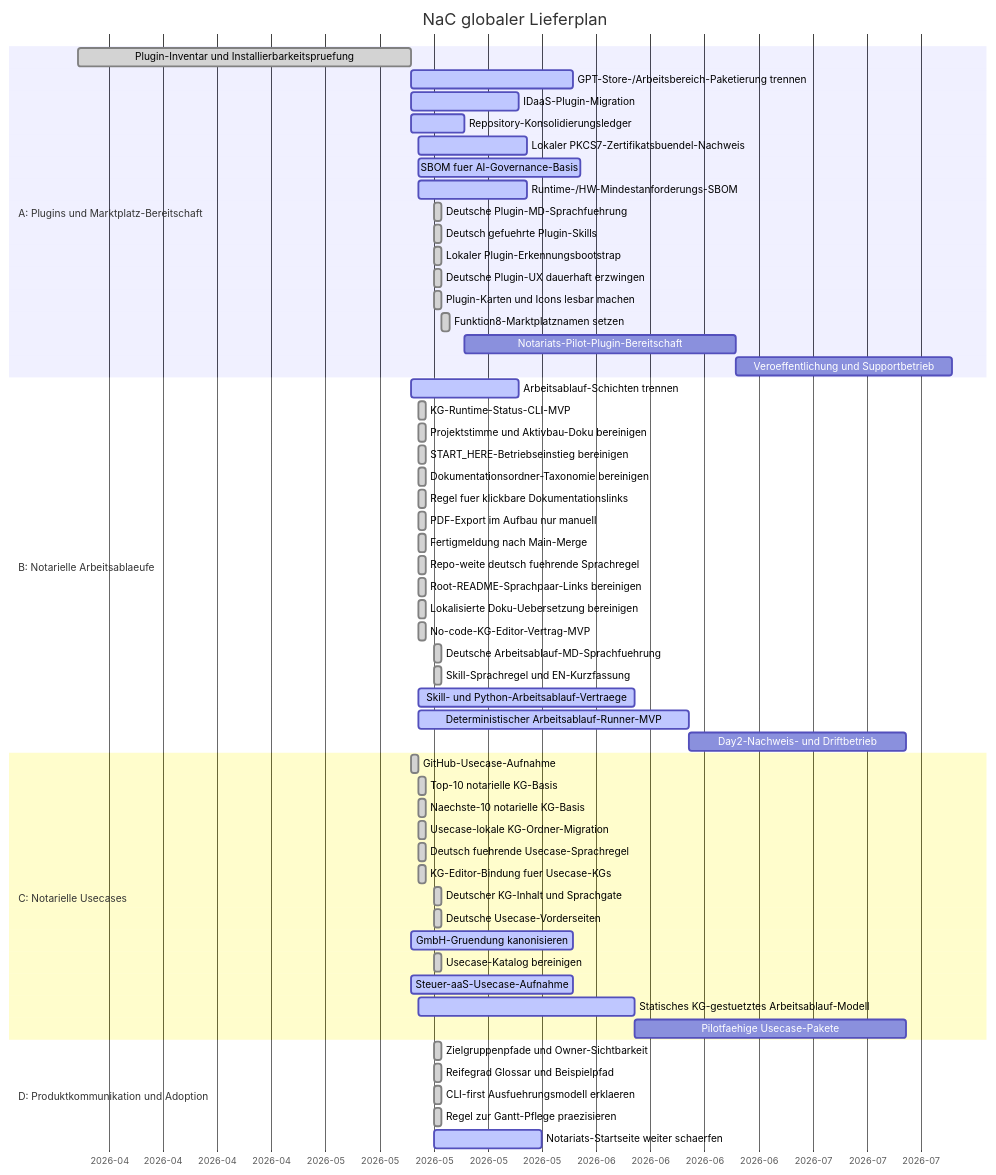
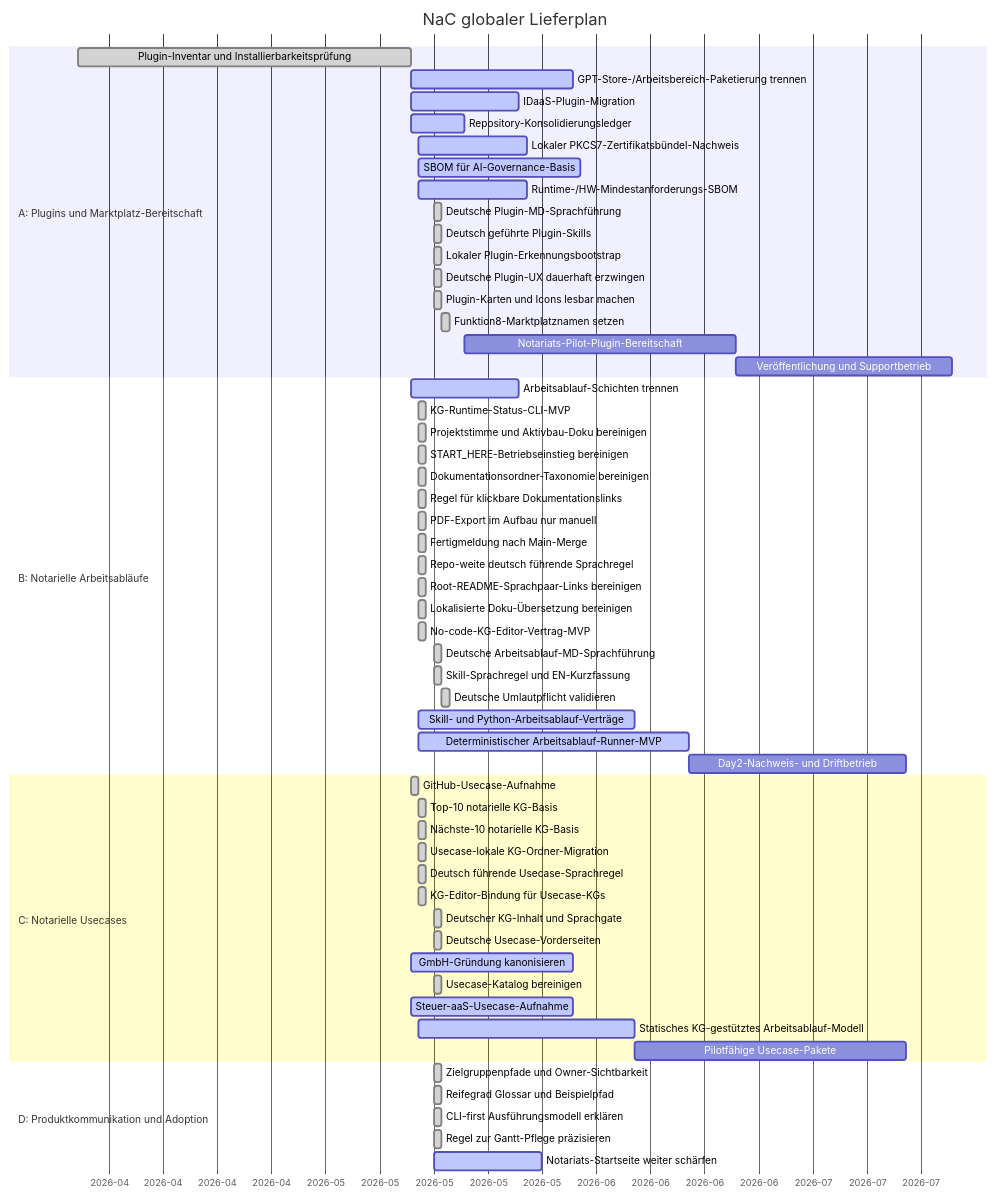
Before and after one commit to notariat8/NaC: the diagram in roadmap/GANTT.md, drawn with Mermaid. The commit also changed other lines of this file and 231 other files, not shown here.

````diff
--- a/roadmap/GANTT.md
+++ b/roadmap/GANTT.md
@@ -14,64 +14,65 @@
 ```mermaid
 gantt
     title NaC globaler Lieferplan
     dateFormat  YYYY-MM-DD
     axisFormat  %Y-%m
 
     section A: Plugins und Marktplatz-Bereitschaft
-    Plugin-Inventar und Installierbarkeitspruefung :done, a1, 2026-04-01, 2026-05-14
+    Plugin-Inventar und Installierbarkeitsprüfung :done, a1, 2026-04-01, 2026-05-14
     GPT-Store-/Arbeitsbereich-Paketierung trennen :active, a2, 2026-05-14, 21d
     IDaaS-Plugin-Migration                       :active,  a3, 2026-05-14, 14d
     Repository-Konsolidierungsledger             :active,  a4, 2026-05-14, 7d
-    Lokaler PKCS7-Zertifikatsbuendel-Nachweis    :active,  a4a, 2026-05-15, 14d
-    SBOM fuer AI-Governance-Basis                :active,  a4b, 2026-05-15, 21d
+    Lokaler PKCS7-Zertifikatsbündel-Nachweis    :active,  a4a, 2026-05-15, 14d
+    SBOM für AI-Governance-Basis                :active,  a4b, 2026-05-15, 21d
     Runtime-/HW-Mindestanforderungs-SBOM         :active,  a4c, 2026-05-15, 14d
-    Deutsche Plugin-MD-Sprachfuehrung            :done,    a4d, 2026-05-17, 1d
-    Deutsch gefuehrte Plugin-Skills              :done,    a4e, 2026-05-17, 1d
+    Deutsche Plugin-MD-Sprachführung            :done,    a4d, 2026-05-17, 1d
+    Deutsch geführte Plugin-Skills              :done,    a4e, 2026-05-17, 1d
     Lokaler Plugin-Erkennungsbootstrap           :done,    a4f, 2026-05-17, 1d
     Deutsche Plugin-UX dauerhaft erzwingen       :done,    a4g, 2026-05-17, 1d
     Plugin-Karten und Icons lesbar machen        :done,    a4h, 2026-05-17, 1d
     Funktion8-Marktplatznamen setzen             :done,    a4i, 2026-05-18, 1d
     Notariats-Pilot-Plugin-Bereitschaft          :         a5, after a4, 35d
-    Veroeffentlichung und Supportbetrieb         :         a6, after a5, 28d
+    Veröffentlichung und Supportbetrieb         :         a6, after a5, 28d
 
-    section B: Notarielle Arbeitsablaeufe
+    section B: Notarielle Arbeitsabläufe
     Arbeitsablauf-Schichten trennen              :active,  b1, 2026-05-14, 14d
     KG-Runtime-Status-CLI-MVP                    :done,    b1a, 2026-05-15, 1d
     Projektstimme und Aktivbau-Doku bereinigen   :done,    b1b, 2026-05-15, 1d
     START_HERE-Betriebseinstieg bereinigen       :done,    b1c, 2026-05-15, 1d
     Dokumentationsordner-Taxonomie bereinigen    :done,    b1d, 2026-05-15, 1d
-    Regel fuer klickbare Dokumentationslinks     :done,    b1e, 2026-05-15, 1d
+    Regel für klickbare Dokumentationslinks     :done,    b1e, 2026-05-15, 1d
     PDF-Export im Aufbau nur manuell             :done,    b1f, 2026-05-15, 1d
     Fertigmeldung nach Main-Merge                :done,    b1g, 2026-05-15, 1d
-    Repo-weite deutsch fuehrende Sprachregel     :done,    b1h, 2026-05-15, 1d
+    Repo-weite deutsch führende Sprachregel     :done,    b1h, 2026-05-15, 1d
     Root-README-Sprachpaar-Links bereinigen      :done,    b1i, 2026-05-15, 1d
-    Lokalisierte Doku-Uebersetzung bereinigen    :done,    b1j, 2026-05-15, 1d
+    Lokalisierte Doku-Übersetzung bereinigen    :done,    b1j, 2026-05-15, 1d
     No-code-KG-Editor-Vertrag-MVP                :done,    b1k, 2026-05-15, 1d
-    Deutsche Arbeitsablauf-MD-Sprachfuehrung     :done,    b1l, 2026-05-17, 1d
+    Deutsche Arbeitsablauf-MD-Sprachführung     :done,    b1l, 2026-05-17, 1d
     Skill-Sprachregel und EN-Kurzfassung         :done,    b1m, 2026-05-17, 1d
-    Skill- und Python-Arbeitsablauf-Vertraege    :active,  b2, 2026-05-15, 28d
+    Deutsche Umlautpflicht validieren            :done,    b1n, 2026-05-18, 1d
+    Skill- und Python-Arbeitsablauf-Verträge    :active,  b2, 2026-05-15, 28d
     Deterministischer Arbeitsablauf-Runner-MVP   :active,  b3, 2026-05-15, 35d
     Day2-Nachweis- und Driftbetrieb              :         b4, after b3, 28d
 
     section C: Notarielle Usecases
     GitHub-Usecase-Aufnahme                      :done,    c1, 2026-05-14, 1d
     Top-10 notarielle KG-Basis                   :done,    c2, 2026-05-15, 1d
-    Naechste-10 notarielle KG-Basis              :done,    c3, 2026-05-15, 1d
+    Nächste-10 notarielle KG-Basis              :done,    c3, 2026-05-15, 1d
     Usecase-lokale KG-Ordner-Migration           :done,    c3a, 2026-05-15, 1d
-    Deutsch fuehrende Usecase-Sprachregel        :done,    c3b, 2026-05-15, 1d
-    KG-Editor-Bindung fuer Usecase-KGs           :done,    c3c, 2026-05-15, 1d
+    Deutsch führende Usecase-Sprachregel        :done,    c3b, 2026-05-15, 1d
+    KG-Editor-Bindung für Usecase-KGs           :done,    c3c, 2026-05-15, 1d
     Deutscher KG-Inhalt und Sprachgate           :done,    c3d, 2026-05-17, 1d
     Deutsche Usecase-Vorderseiten                :done,    c3e, 2026-05-17, 1d
-    GmbH-Gruendung kanonisieren                  :active,  c4, 2026-05-14, 21d
+    GmbH-Gründung kanonisieren                  :active,  c4, 2026-05-14, 21d
     Usecase-Katalog bereinigen                 :done,    c5, 2026-05-17, 1d
     Steuer-aaS-Usecase-Aufnahme                  :active,  c6, 2026-05-14, 21d
-    Statisches KG-gestuetztes Arbeitsablauf-Modell :active, c7, 2026-05-15, 28d
-    Pilotfaehige Usecase-Pakete                  :         c8, after c7, 35d
+    Statisches KG-gestütztes Arbeitsablauf-Modell :active, c7, 2026-05-15, 28d
+    Pilotfähige Usecase-Pakete                  :         c8, after c7, 35d
 
     section D: Produktkommunikation und Adoption
     Zielgruppenpfade und Owner-Sichtbarkeit      :done,    d1, 2026-05-17, 1d
     Reifegrad Glossar und Beispielpfad           :done,    d1a, 2026-05-17, 1d
-    CLI-first Ausfuehrungsmodell erklaeren       :done,    d1b, 2026-05-17, 1d
-    Regel zur Gantt-Pflege praezisieren         :done,    d1c, 2026-05-17, 1d
-    Notariats-Startseite weiter schaerfen        :active,  d2, 2026-05-17, 14d
+    CLI-first Ausführungsmodell erklären       :done,    d1b, 2026-05-17, 1d
+    Regel zur Gantt-Pflege präzisieren         :done,    d1c, 2026-05-17, 1d
+    Notariats-Startseite weiter schärfen        :active,  d2, 2026-05-17, 14d
 ```
````
